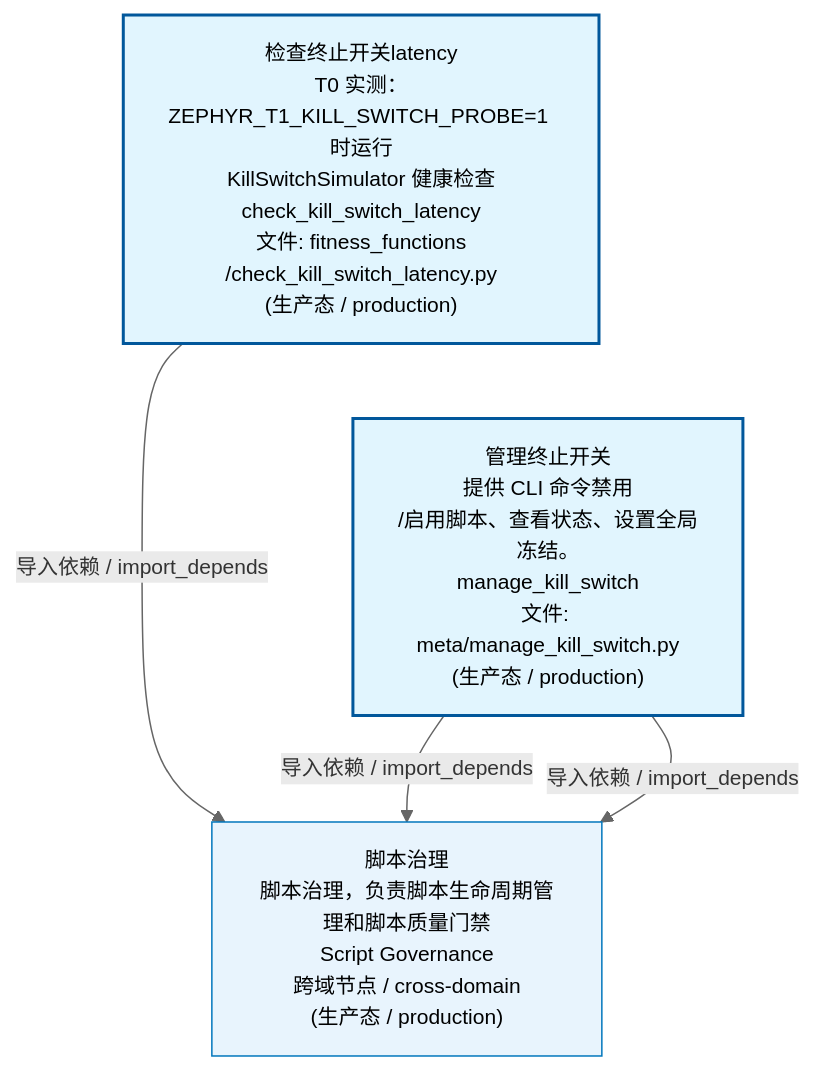
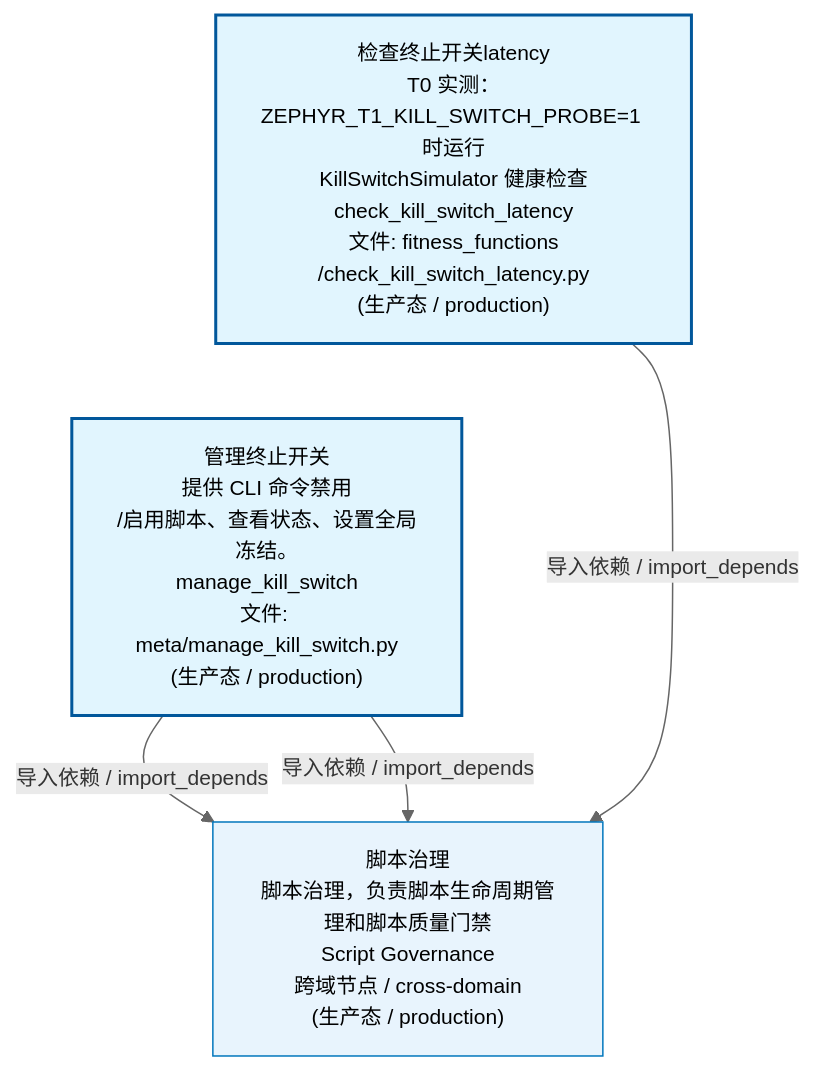
Before and after one commit to xuanFelixVan/ZephyrAlpha: the first of 3 diagrams in docs/02_enterprise_architecture/02_domain_architecture_docs/34_d_autonomy_perm.md, drawn with Mermaid. The commit also changed other lines of this file and 49 other files, not shown here.

````diff
--- a/docs/02_enterprise_architecture/02_domain_architecture_docs/34_d_autonomy_perm.md
+++ b/docs/02_enterprise_architecture/02_domain_architecture_docs/34_d_autonomy_perm.md
@@ -53,17 +53,17 @@
 ```mermaid
 %%{init: {'theme': 'base', 'themeVariables': {'primaryColor': '#eaeaea', 'primaryTextColor': '#333333', 'primaryBorderColor': '#666666', 'lineColor': '#666666', 'secondaryColor': '#eaeaea', 'tertiaryColor': '#eaeaea', 'fontSize': '14px'}}}%%
 flowchart TD
     scripts_arch_guard_fitness_functions_check_kill_switch_latency_py["检查终止开关latency<br/>T0 实测：ZEPHYR_T1_KILL_SWITCH_PROBE=1 时运行<br/>KillSwitchSimulator 健康检查<br/>check_kill_switch_latency<br/>文件: fitness_functions<br/>/check_kill_switch_latency.py<br/>(生产态 / production)"]
     scripts_governance_meta_manage_kill_switch_py["管理终止开关<br/>提供 CLI 命令禁用<br/>/启用脚本、查看状态、设置全局冻结。<br/>manage_kill_switch<br/>文件: meta/manage_kill_switch.py<br/>(生产态 / production)"]
     scripts_arch_guard_fitness_functions_check_kill_switch_latency_py ~~~ scripts_governance_meta_manage_kill_switch_py
     D_GOV_SCRIPTS["脚本治理<br/>脚本治理，负责脚本生命周期管理和脚本质量门禁<br/>Script Governance<br/>跨域节点 / cross-domain<br/>(生产态 / production)"]
+    scripts_governance_meta_manage_kill_switch_py -->|导入依赖 / import_depends| D_GOV_SCRIPTS
     scripts_arch_guard_fitness_functions_check_kill_switch_latency_py -->|导入依赖 / import_depends| D_GOV_SCRIPTS
-    scripts_governance_meta_manage_kill_switch_py -->|导入依赖 / import_depends| D_GOV_SCRIPTS
     scripts_governance_meta_manage_kill_switch_py -->|导入依赖 / import_depends| D_GOV_SCRIPTS
     classDef production fill:#e1f5fe,stroke:#01579b,stroke-width:2px,color:#000
     classDef design fill:#fff3e0,stroke:#e65100,stroke-width:2px,color:#000,stroke-dasharray: 5 5
     classDef external_prod fill:#e8f4fd,stroke:#0277bd,stroke-width:1px,color:#000
     classDef external_design fill:#fff8e7,stroke:#ef6c00,stroke-width:1px,color:#000,stroke-dasharray: 5 5
     class scripts_arch_guard_fitness_functions_check_kill_switch_latency_py,scripts_governance_meta_manage_kill_switch_py production
     class D_GOV_SCRIPTS external_prod
 ```
````
